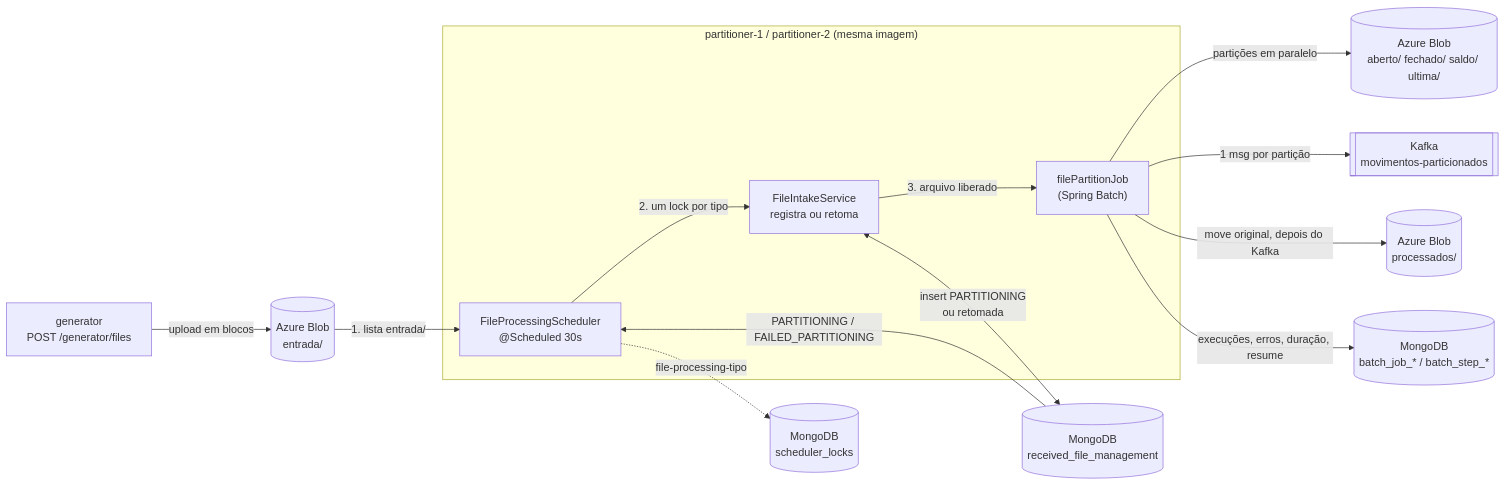
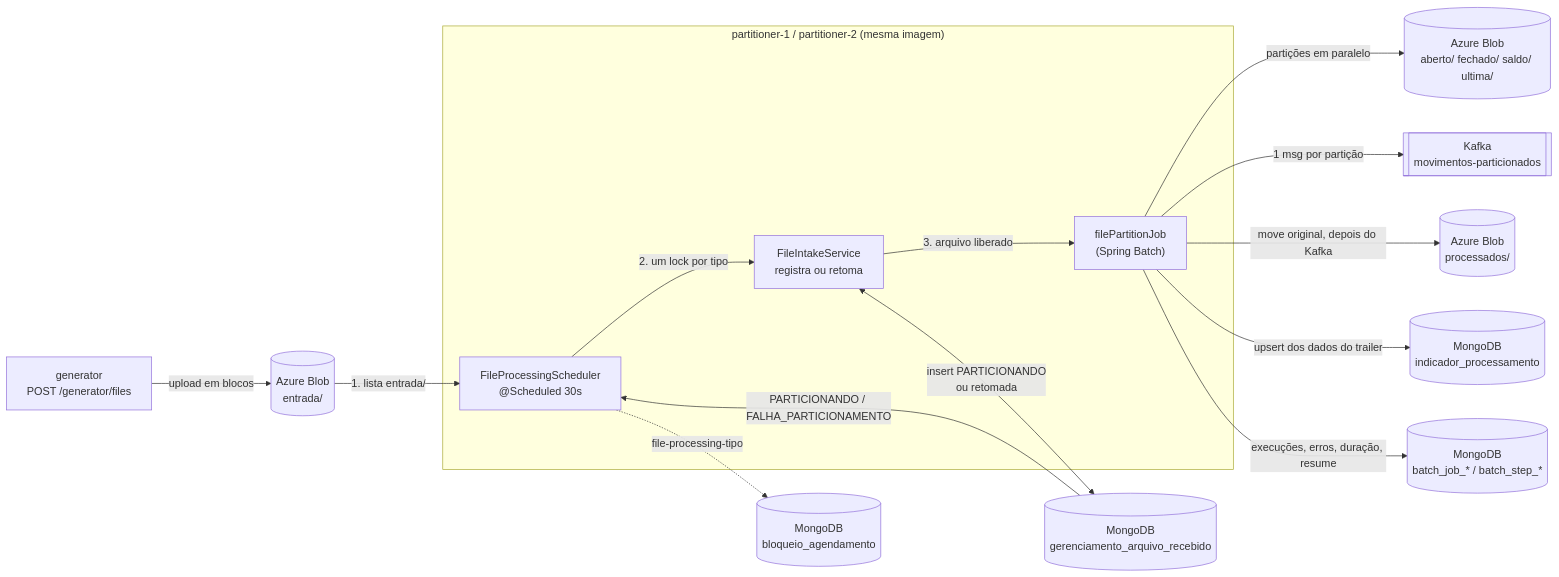
Before and after one commit to AlexandreSouzaRocha/poc-spring-batch-scheduled-lock: the first of 2 diagrams in docs/ARCHITECTURE.md, drawn with Mermaid. The commit also changed other lines of this file and 3 other files, not shown here.

````diff
--- a/docs/ARCHITECTURE.md
+++ b/docs/ARCHITECTURE.md
@@ -5,21 +5,22 @@
 ```mermaid
 flowchart LR
     GEN["generator<br/>POST /generator/files"] -->|upload em blocos| IN[("Azure Blob<br/>entrada/")]
 
     subgraph PART["partitioner-1 / partitioner-2 (mesma imagem)"]
         CYCLE["FileProcessingScheduler<br/>@Scheduled 30s"]
         INTAKE["FileIntakeService<br/>registra ou retoma"]
         JOB["filePartitionJob<br/>(Spring Batch)"]
         CYCLE -->|2. um lock por tipo| INTAKE
         INTAKE -->|3. arquivo liberado| JOB
     end
 
     IN -->|1. lista entrada/| CYCLE
-    CYCLE -.->|file-processing-tipo| LOCK[("MongoDB<br/>scheduler_locks")]
-    INTAKE <-->|insert PARTITIONING<br/>ou retomada| RFM[("MongoDB<br/>received_file_management")]
-    RFM -->|PARTITIONING / FAILED_PARTITIONING| CYCLE
+    CYCLE -.->|file-processing-tipo| LOCK[("MongoDB<br/>bloqueio_agendamento")]
+    INTAKE <-->|insert PARTICIONANDO<br/>ou retomada| RFM[("MongoDB<br/>gerenciamento_arquivo_recebido")]
+    RFM -->|PARTICIONANDO / FALHA_PARTICIONAMENTO| CYCLE
     JOB -->|partições em paralelo| OUT[("Azure Blob<br/>aberto/ fechado/ saldo/ ultima/")]
     JOB -->|1 msg por partição| KAFKA[["Kafka<br/>movimentos-particionados"]]
     JOB -->|move original, depois do Kafka| PROC[("Azure Blob<br/>processados/")]
+    JOB -->|upsert dos dados do trailer| IND[("MongoDB<br/>indicador_processamento")]
     JOB -->|execuções, erros, duração, resume| JR[("MongoDB<br/>batch_job_* / batch_step_*")]
 ```
````
